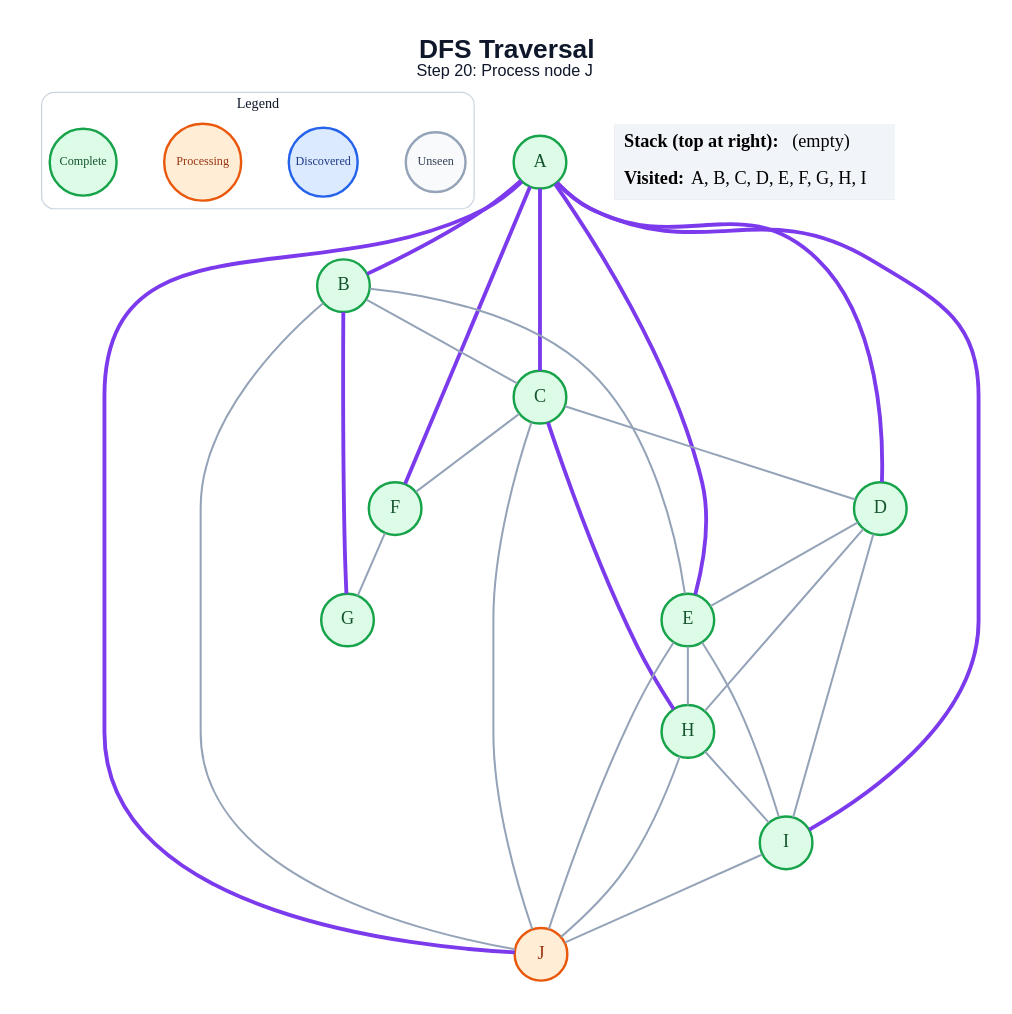
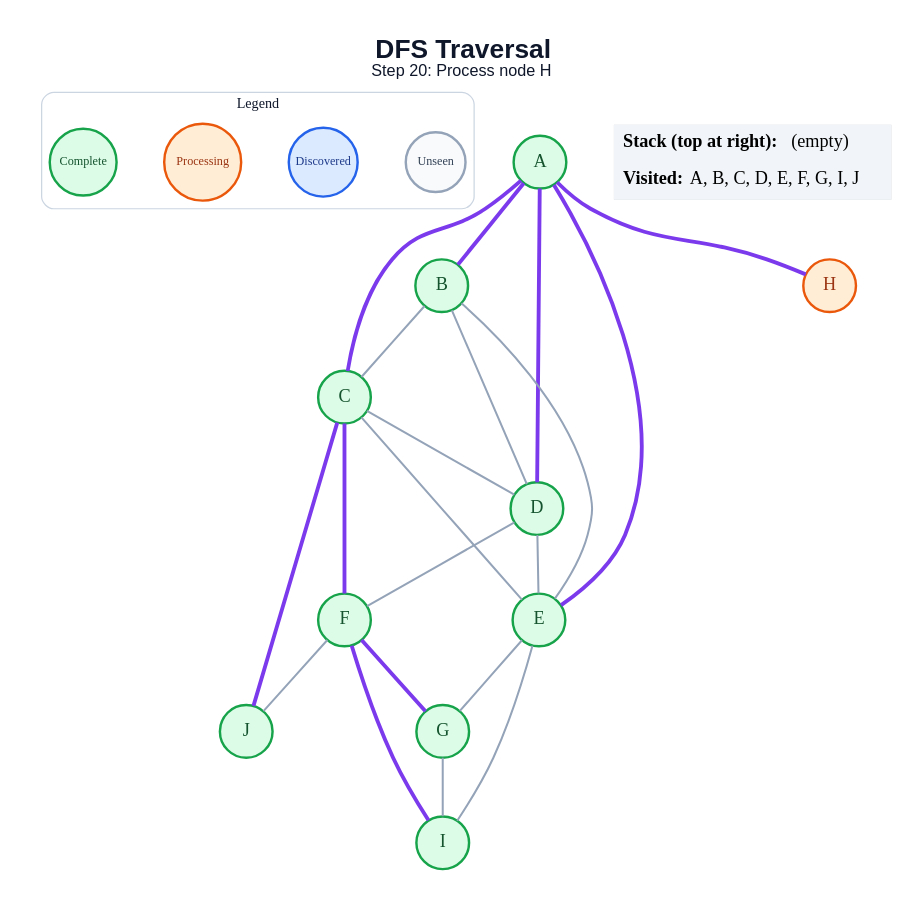
The diagram in generated/dfs/step_20.dot (amanghodawala9/ai-slop), drawn with Graphviz before and after one commit. The commit also changed 178 other files, not shown here.

```diff
--- a/generated/dfs/step_20.dot
+++ b/generated/dfs/step_20.dot
@@ -1,54 +1,49 @@
 graph traversal {
   graph [layout=dot, rankdir=TB, bgcolor="#FFFFFF", pad="0.35", nodesep="0.65", ranksep="0.8", fontname="Arial"];
   node [shape=circle, style="filled", fontname="Arial Bold", fontsize=18, width=0.72, fixedsize=true, penwidth=2.4];
   edge [color="#94A3B8", penwidth=2.0];
-  label=<<B>DFS Traversal</B><BR/><FONT POINT-SIZE="16">Step 20: Process node J</FONT>>; labelloc="t"; fontsize=26; fontname="Arial"; fontcolor="#0F172A";
+  label=<<B>DFS Traversal</B><BR/><FONT POINT-SIZE="16">Step 20: Process node H</FONT>>; labelloc="t"; fontsize=26; fontname="Arial"; fontcolor="#0F172A";
   subgraph cluster_legend { label="Legend"; color="#CBD5E1"; penwidth=1.2; style="rounded"; fontsize=14; fontname="Arial Bold";
     key_unseen [label="Unseen", fillcolor="#F8FAFC", color="#94A3B8", fontcolor="#334155", fontsize=12, width=0.82];
     key_frontier [label="Discovered", fillcolor="#DBEAFE", color="#2563EB", fontcolor="#1E3A8A", fontsize=12, width=0.95];
     key_current [label="Processing", fillcolor="#FFEDD5", color="#EA580C", fontcolor="#9A3412", fontsize=12, width=1.05];
     key_done [label="Complete", fillcolor="#DCFCE7", color="#16A34A", fontcolor="#14532D", fontsize=12, width=0.92];
     { rank=same; key_unseen; key_frontier; key_current; key_done; }
   }
   A [fillcolor="#DCFCE7", color="#16A34A", fontcolor="#14532D"];
   B [fillcolor="#DCFCE7", color="#16A34A", fontcolor="#14532D"];
   C [fillcolor="#DCFCE7", color="#16A34A", fontcolor="#14532D"];
   D [fillcolor="#DCFCE7", color="#16A34A", fontcolor="#14532D"];
   E [fillcolor="#DCFCE7", color="#16A34A", fontcolor="#14532D"];
   F [fillcolor="#DCFCE7", color="#16A34A", fontcolor="#14532D"];
   G [fillcolor="#DCFCE7", color="#16A34A", fontcolor="#14532D"];
-  H [fillcolor="#DCFCE7", color="#16A34A", fontcolor="#14532D"];
+  H [fillcolor="#FFEDD5", color="#EA580C", fontcolor="#9A3412"];
   I [fillcolor="#DCFCE7", color="#16A34A", fontcolor="#14532D"];
-  J [fillcolor="#FFEDD5", color="#EA580C", fontcolor="#9A3412"];
+  J [fillcolor="#DCFCE7", color="#16A34A", fontcolor="#14532D"];
   A -- B [color="#7C3AED", penwidth=3.8];
   A -- C [color="#7C3AED", penwidth=3.8];
   A -- D [color="#7C3AED", penwidth=3.8];
   A -- E [color="#7C3AED", penwidth=3.8];
-  A -- F [color="#7C3AED", penwidth=3.8];
-  A -- I [color="#7C3AED", penwidth=3.8];
-  A -- J [color="#7C3AED", penwidth=3.8];
+  A -- H [color="#7C3AED", penwidth=3.8];
   B -- C;
+  B -- D;
   B -- E;
-  B -- G [color="#7C3AED", penwidth=3.8];
-  B -- J;
   C -- D;
-  C -- F;
-  C -- H [color="#7C3AED", penwidth=3.8];
-  C -- J;
+  C -- E;
+  C -- F [color="#7C3AED", penwidth=3.8];
+  C -- J [color="#7C3AED", penwidth=3.8];
   D -- E;
-  D -- H;
-  D -- I;
-  E -- H;
+  D -- F;
+  E -- G;
   E -- I;
-  E -- J;
-  F -- G;
-  H -- I;
-  H -- J;
-  I -- J;
+  F -- G [color="#7C3AED", penwidth=3.8];
+  F -- I [color="#7C3AED", penwidth=3.8];
+  F -- J;
+  G -- I;
   status [shape=plain, fixedsize=false, width=0, height=0, margin=0, label=<
     <TABLE BORDER="0" CELLBORDER="0" CELLPADDING="7" BGCOLOR="#F1F5F9">
       <TR><TD ALIGN="LEFT"><B>Stack (top at right):</B> (empty)</TD></TR>
-      <TR><TD ALIGN="LEFT"><B>Visited:</B> A, B, C, D, E, F, G, H, I</TD></TR>
+      <TR><TD ALIGN="LEFT"><B>Visited:</B> A, B, C, D, E, F, G, I, J</TD></TR>
     </TABLE>
   >];
 }
```
